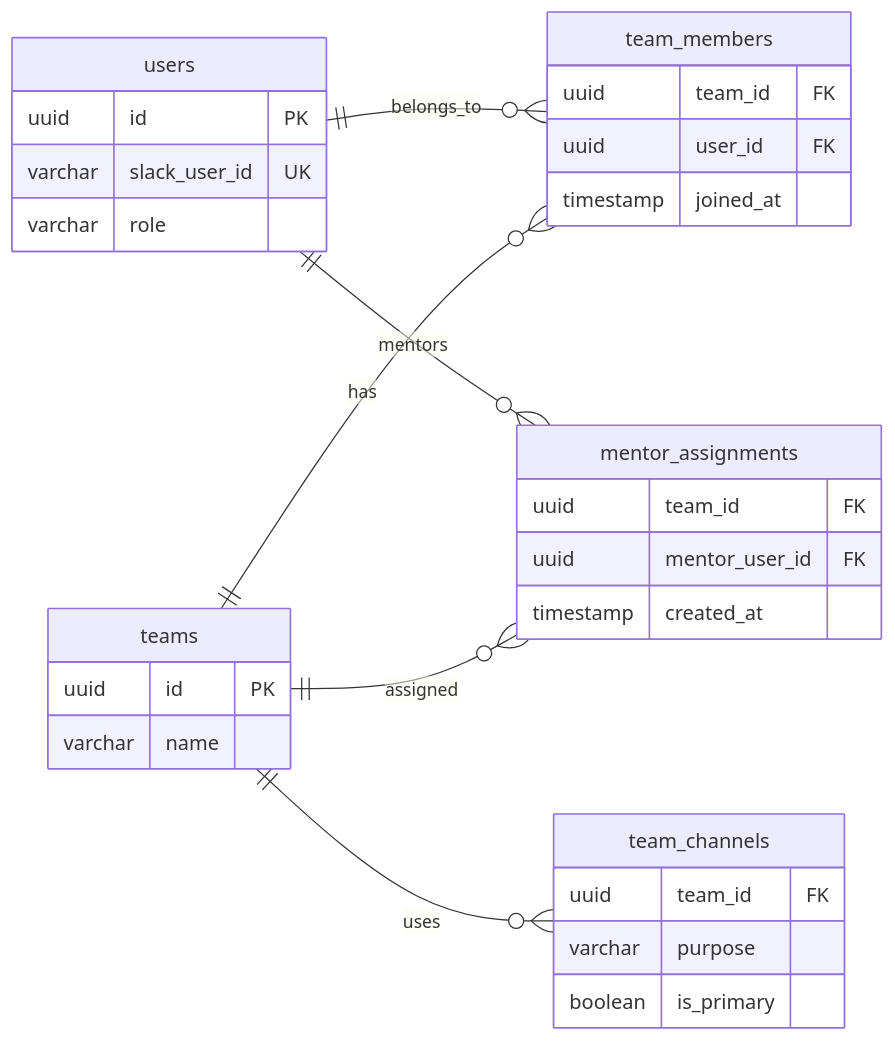
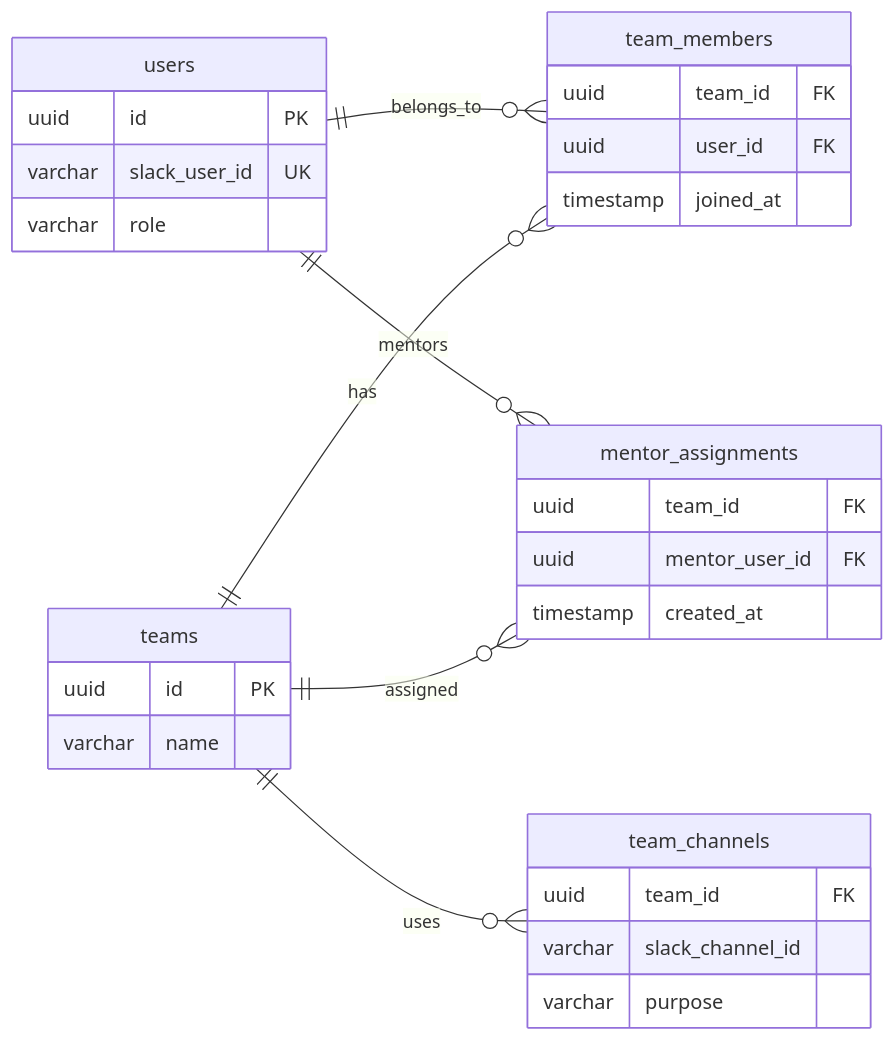
The first of 2 diagrams in docs/details/05_erd.md (Asheze1127/progress-checker), drawn with Mermaid before and after one commit. The commit also changed other lines of this file and 7 other files, not shown here.

````diff
--- a/docs/details/05_erd.md
+++ b/docs/details/05_erd.md
@@ -41,39 +42,39 @@
 ```mermaid
 erDiagram
     direction LR
 
     users {
         uuid id PK
         varchar slack_user_id UK
         varchar role
     }
 
     teams {
         uuid id PK
         varchar name
     }
 
     team_members {
         uuid team_id FK
         uuid user_id FK
         timestamp joined_at
     }
 
     mentor_assignments {
         uuid team_id FK
         uuid mentor_user_id FK
         timestamp created_at
     }
 
     team_channels {
         uuid team_id FK
+        varchar slack_channel_id
         varchar purpose
-        boolean is_primary
     }
 
     users ||--o{ team_members : belongs_to
     teams ||--o{ team_members : has
     users ||--o{ mentor_assignments : mentors
     teams ||--o{ mentor_assignments : assigned
     teams ||--o{ team_channels : uses
 ```
````
